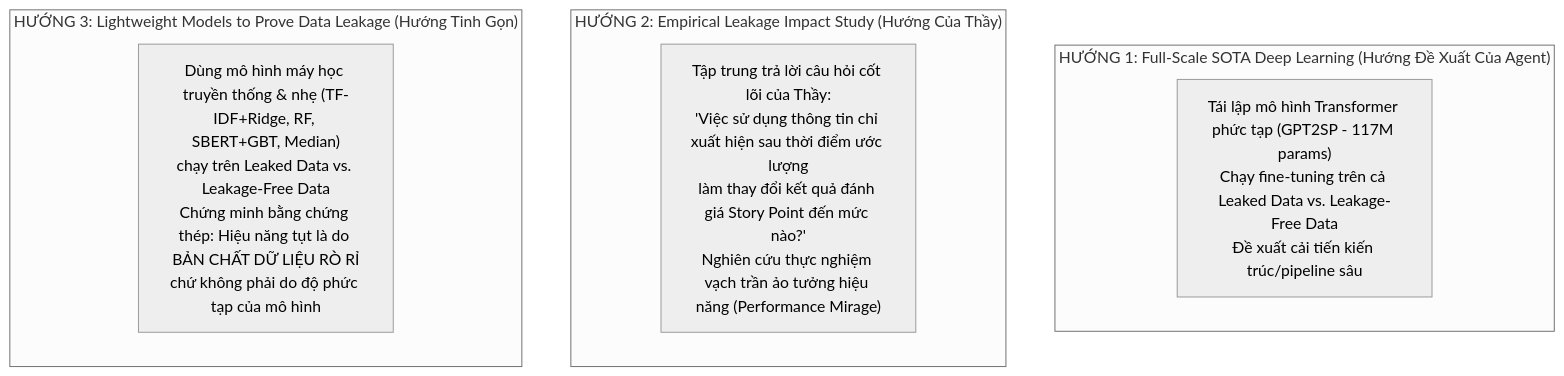
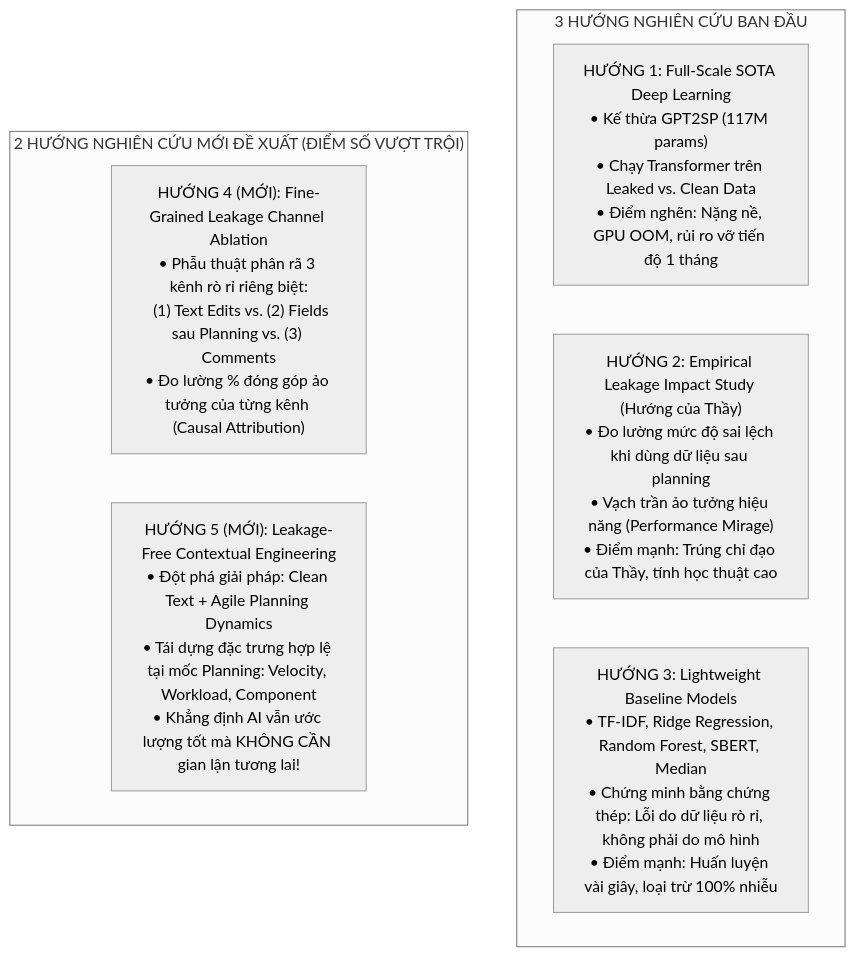
One commit to snowflake-vibing/NCKH_Johnny_Snowflake changed the first of 2 diagrams in docs/articles/paper-information/critical-thinking/10_research_directions_critical_evaluation.md. Above: the diagram before and after it, drawn with Mermaid (neutral theme). The commit also changed other lines of this file and 1 other file, not shown here.

````diff
--- a/docs/articles/paper-information/critical-thinking/10_research_directions_critical_evaluation.md
+++ b/docs/articles/paper-information/critical-thinking/10_research_directions_critical_evaluation.md
@@ -14,14 +13,13 @@
 ```mermaid
 flowchart TD
-    subgraph H1["HƯỚNG 1: Full-Scale SOTA Deep Learning (Hướng Đề Xuất Của Agent)"]
-        A1["Tái lập mô hình Transformer phức tạp (GPT2SP - 117M params)<br/>Chạy fine-tuning trên cả Leaked Data vs. Leakage-Free Data<br/>Đề xuất cải tiến kiến trúc/pipeline sâu"]
+    subgraph Original["3 HƯỚNG NGHIÊN CỨU BAN ĐẦU"]
+        H1["HƯỚNG 1: Full-Scale SOTA Deep Learning<br/>• Kế thừa GPT2SP (117M params)<br/>• Chạy Transformer trên Leaked vs. Clean Data<br/>• Điểm nghẽn: Nặng nề, GPU OOM, rủi ro vỡ tiến độ 1 tháng"]
+        H2["HƯỚNG 2: Empirical Leakage Impact Study (Hướng của Thầy)<br/>• Đo lường mức độ sai lệch khi dùng dữ liệu sau planning<br/>• Vạch trần ảo tưởng hiệu năng (Performance Mirage)<br/>• Điểm mạnh: Trúng chỉ đạo của Thầy, tính học thuật cao"]
+        H3["HƯỚNG 3: Lightweight Baseline Models<br/>• TF-IDF, Ridge Regression, Random Forest, SBERT, Median<br/>• Chứng minh bằng chứng thép: Lỗi do dữ liệu rò rỉ, không phải do mô hình<br/>• Điểm mạnh: Huấn luyện vài giây, loại trừ 100% nhiễu"]
     end
 
-    subgraph H2["HƯỚNG 2: Empirical Leakage Impact Study (Hướng Của Thầy)"]
-        A2["Tập trung trả lời câu hỏi cốt lõi của Thầy:<br/>'Việc sử dụng thông tin chỉ xuất hiện sau thời điểm ước lượng<br/>làm thay đổi kết quả đánh giá Story Point đến mức nào?'<br/>Nghiên cứu thực nghiệm vạch trần ảo tưởng hiệu năng (Performance Mirage)"]
-    end
-
-    subgraph H3["HƯỚNG 3: Lightweight Models to Prove Data Leakage (Hướng Tinh Gọn)"]
-        A3["Dùng mô hình máy học truyền thống & nhẹ (TF-IDF+Ridge, RF, SBERT+GBT, Median)<br/>chạy trên Leaked Data vs. Leakage-Free Data<br/>Chứng minh bằng chứng thép: Hiệu năng tụt là do BẢN CHẤT DỮ LIỆU RÒ RỈ<br/>chứ không phải do độ phức tạp của mô hình"]
+    subgraph Proposed["2 HƯỚNG NGHIÊN CỨU MỚI ĐỀ XUẤT (ĐIỂM SỐ VƯỢT TRỘI)"]
+        H4["HƯỚNG 4 (MỚI): Fine-Grained Leakage Channel Ablation<br/>• Phẫu thuật phân rã 3 kênh rò rỉ riêng biệt:<br/>  (1) Text Edits vs. (2) Fields sau Planning vs. (3) Comments<br/>• Đo lường % đóng góp ảo tưởng của từng kênh (Causal Attribution)"]
+        H5["HƯỚNG 5 (MỚI): Leakage-Free Contextual Engineering<br/>• Đột phá giải pháp: Clean Text + Agile Planning Dynamics<br/>• Tái dựng đặc trưng hợp lệ tại mốc Planning: Velocity, Workload, Component<br/>• Khẳng định AI vẫn ước lượng tốt mà KHÔNG CẦN gian lận tương lai!"]
     end
 ```
````
